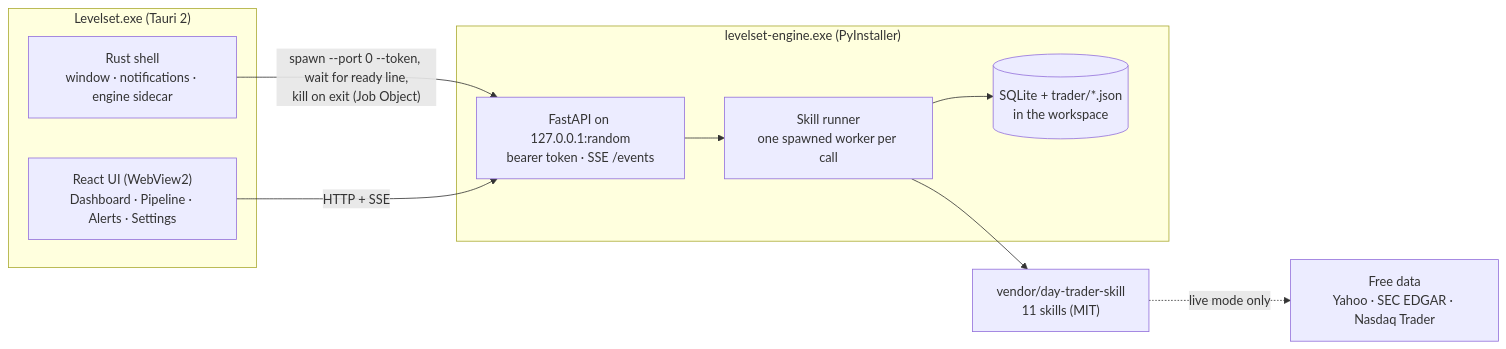
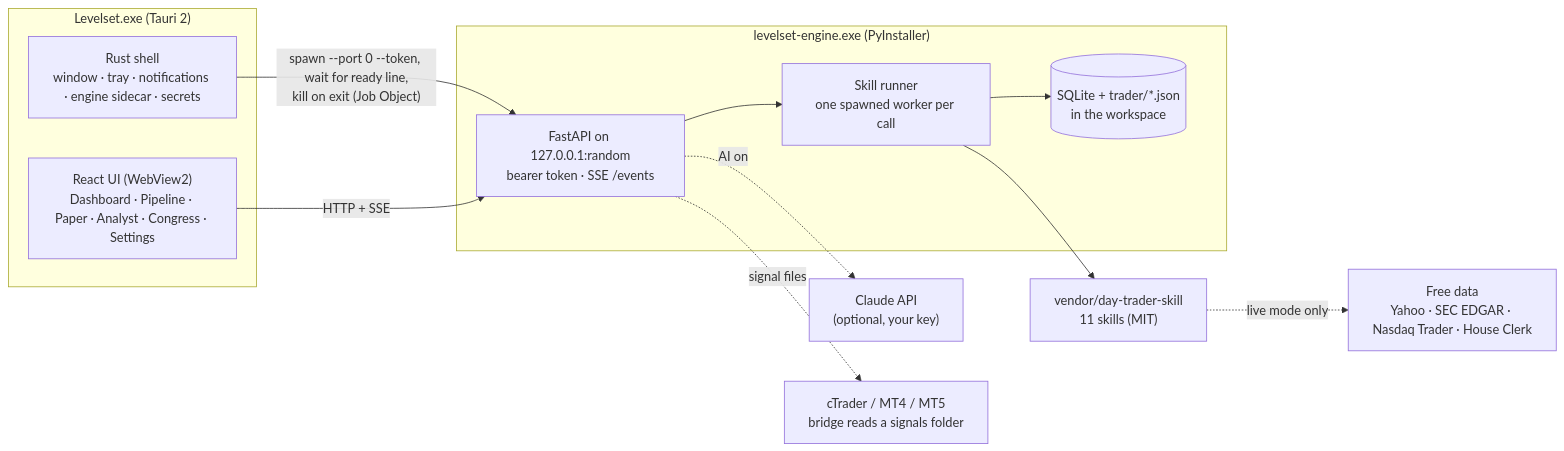
One commit to MauricioRodCar/Levelset changed the diagram in README.md. Above: the diagram before and after it, drawn with Mermaid. The commit also changed other lines of this file and 19 other files, not shown here.

````diff
--- a/README.md
+++ b/README.md
@@ -54,20 +72,24 @@
 ```mermaid
 flowchart LR
   subgraph App["Levelset.exe (Tauri 2)"]
-    UI["React UI (WebView2)<br/>Dashboard · Pipeline · Alerts · Settings"]
-    Shell["Rust shell<br/>window · notifications · engine sidecar"]
+    UI["React UI (WebView2)<br/>Dashboard · Pipeline · Paper · Analyst · Congress · Settings"]
+    Shell["Rust shell<br/>window · tray · notifications · engine sidecar · secrets"]
   end
   subgraph Engine["levelset-engine.exe (PyInstaller)"]
     API["FastAPI on 127.0.0.1:random<br/>bearer token · SSE /events"]
     Runner["Skill runner<br/>one spawned worker per call"]
     DB[("SQLite + trader/*.json<br/>in the workspace")]
   end
   Skills["vendor/day-trader-skill<br/>11 skills (MIT)"]
-  Data["Free data<br/>Yahoo · SEC EDGAR · Nasdaq Trader"]
+  Data["Free data<br/>Yahoo · SEC EDGAR · Nasdaq Trader · House Clerk"]
+  Claude["Claude API<br/>(optional, your key)"]
+  Bridges["cTrader / MT4 / MT5<br/>bridge reads a signals folder"]
 
   Shell -- "spawn --port 0 --token, wait for ready line,<br/>kill on exit (Job Object)" --> API
   UI -- "HTTP + SSE" --> API
   API --> Runner --> Skills
   Runner --> DB
   Skills -. "live mode only" .-> Data
+  API -. "AI on" .-> Claude
+  API -. "signal files" .-> Bridges
 ```
````
